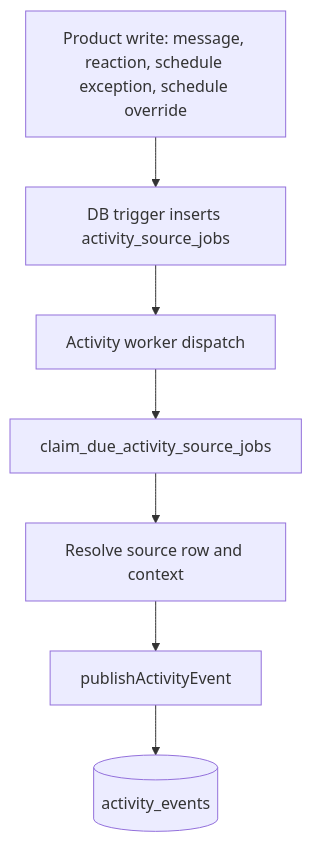
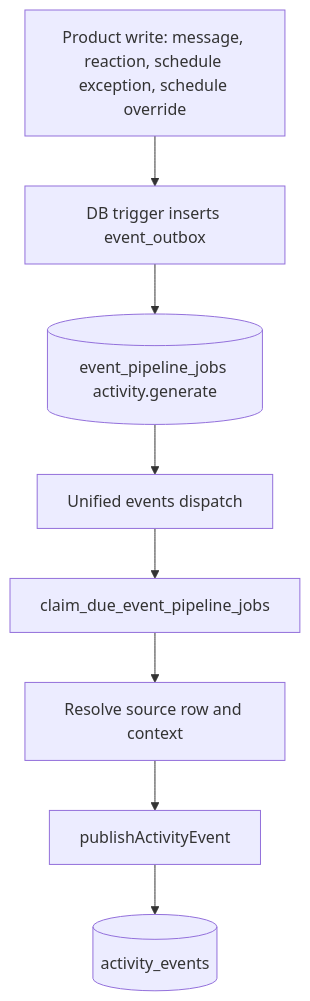
Before and after one commit to heidisoft/iconicedu-monorepo: the first of 4 diagrams in docs/architecture/activity-feed.md, drawn with Mermaid. The commit also changed other lines of this file and 58 other files, not shown here.

First line of the commit message:
Add unified event pipeline and job-based dispatch

````diff
--- a/docs/architecture/activity-feed.md
+++ b/docs/architecture/activity-feed.md
@@ -22,9 +20,10 @@
 ```mermaid
 flowchart TD
-  ProductWrite[Product write: message, reaction, schedule exception, schedule override] --> Trigger[DB trigger inserts activity_source_jobs]
-  Trigger --> WorkerCron[Activity worker dispatch]
-  WorkerCron --> ClaimSource[claim_due_activity_source_jobs]
+  ProductWrite[Product write: message, reaction, schedule exception, schedule override] --> Trigger[DB trigger inserts event_outbox]
+  Trigger --> Jobs[(event_pipeline_jobs activity.generate)]
+  Jobs --> WorkerCron[Unified events dispatch]
+  WorkerCron --> ClaimSource[claim_due_event_pipeline_jobs]
   ClaimSource --> ProcessSource[Resolve source row and context]
   ProcessSource --> Publish[publishActivityEvent]
   Publish --> Events[(activity_events)]
 ```
````
